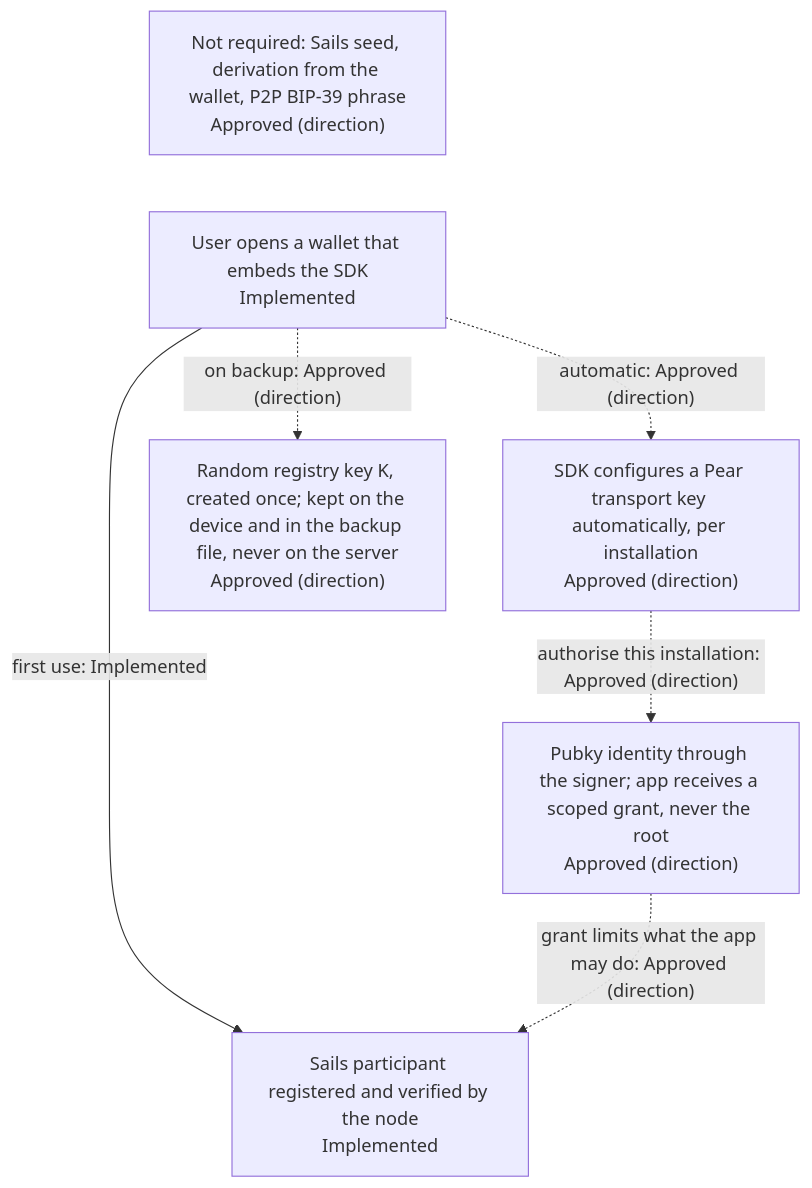
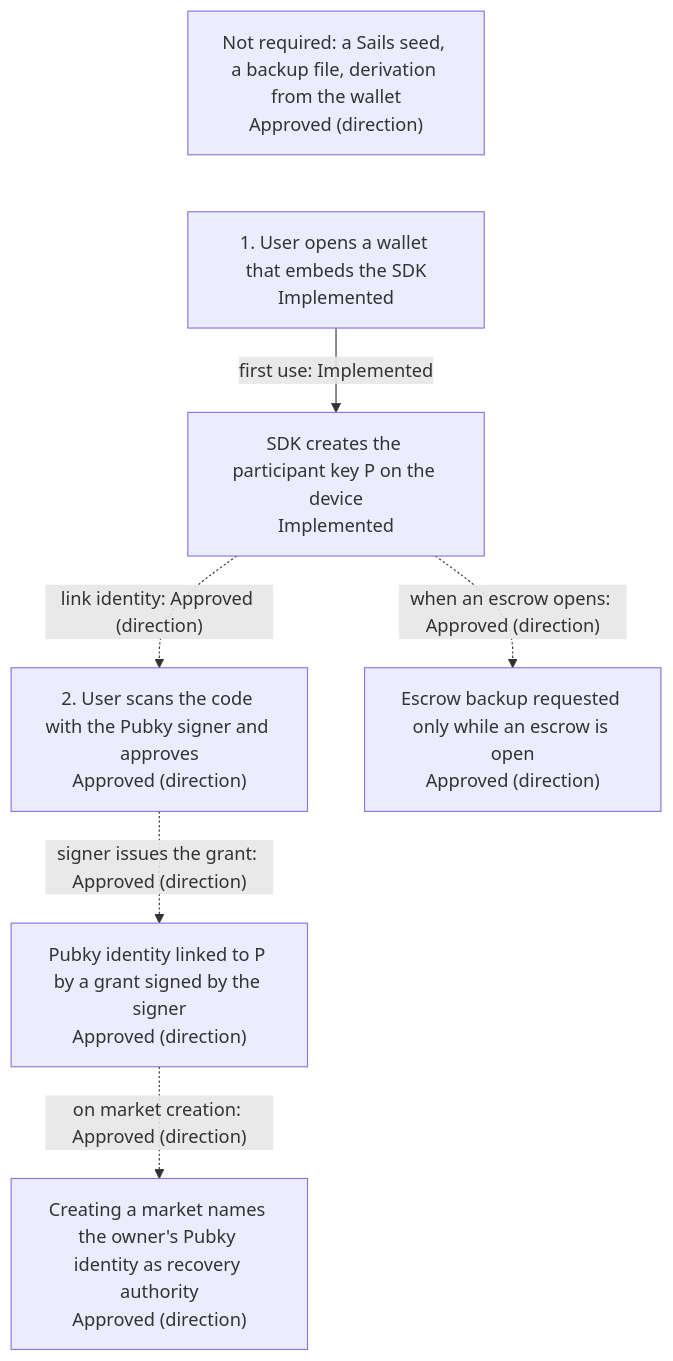
The fourth of 6 diagrams in docs/SYSTEM_DESIGN.md (sails-protocol/Sails-Protocol), drawn with Mermaid before and after one commit. The commit also changed other lines of this file, not shown here.

Commit message:
docs: redraw SYSTEM_DESIGN 14.5 diagrams to match ADR-008 (social data local in first release, escrow-only backup, market recovery by authority)

````diff
--- a/docs/SYSTEM_DESIGN.md
+++ b/docs/SYSTEM_DESIGN.md
@@ -675,15 +667,16 @@
 ```mermaid
 flowchart TD
-  A["User opens a wallet that embeds the SDK<br/>Implemented"]
-  B["SDK configures a Pear transport key automatically, per installation<br/>Approved (direction)"]
-  C["Pubky identity through the signer; app receives a scoped grant, never the root<br/>Approved (direction)"]
-  D["Sails participant registered and verified by the node<br/>Implemented"]
-  E["Random registry key K, created once; kept on the device and in the backup file, never on the server<br/>Approved (direction)"]
-  X["Not required: Sails seed, derivation from the wallet, P2P BIP-39 phrase<br/>Approved (direction)"]
-  A -->|"first use: Implemented"| D
-  A -.->|"automatic: Approved (direction)"| B
-  B -.->|"authorise this installation: Approved (direction)"| C
-  C -.->|"grant limits what the app may do: Approved (direction)"| D
-  A -.->|"on backup: Approved (direction)"| E
+  A["1. User opens a wallet that embeds the SDK<br/>Implemented"]
+  P["SDK creates the participant key P on the device<br/>Implemented"]
+  B["2. User scans the code with the Pubky signer and approves<br/>Approved (direction)"]
+  G["Pubky identity linked to P by a grant signed by the signer<br/>Approved (direction)"]
+  M["Creating a market names the owner's Pubky identity as recovery authority<br/>Approved (direction)"]
+  X["Not required: a Sails seed, a backup file, derivation from the wallet<br/>Approved (direction)"]
+  E["Escrow backup requested only while an escrow is open<br/>Approved (direction)"]
+  A -->|"first use: Implemented"| P
+  P -.->|"link identity: Approved (direction)"| B
+  B -.->|"signer issues the grant: Approved (direction)"| G
+  G -.->|"on market creation: Approved (direction)"| M
+  P -.->|"when an escrow opens: Approved (direction)"| E
   X ~~~ A
 ```
````
